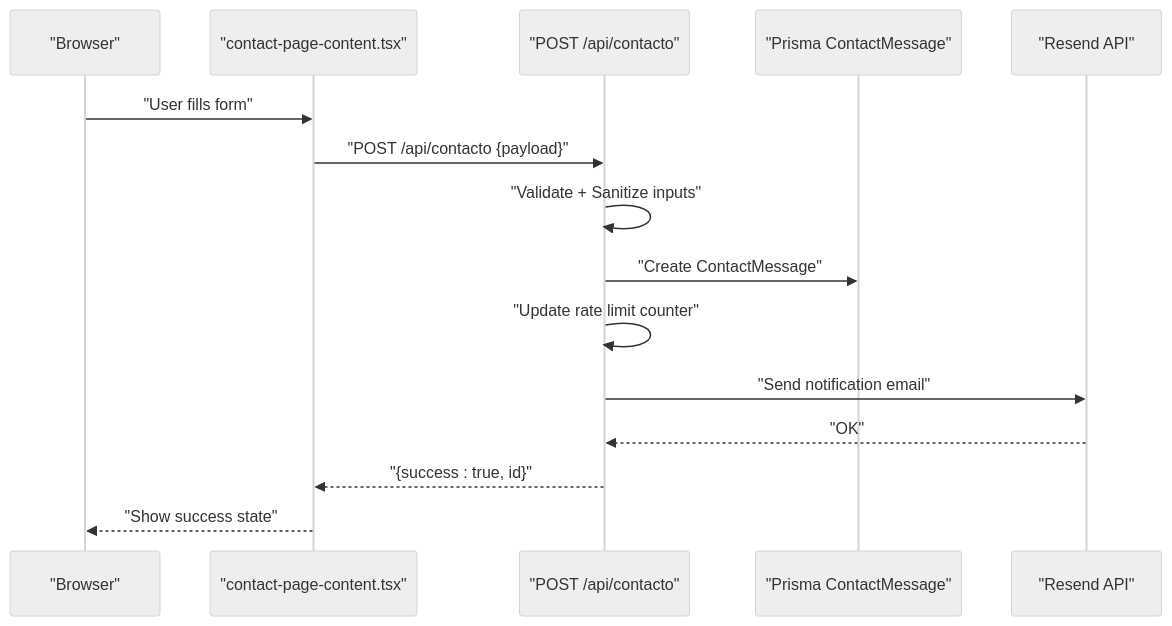
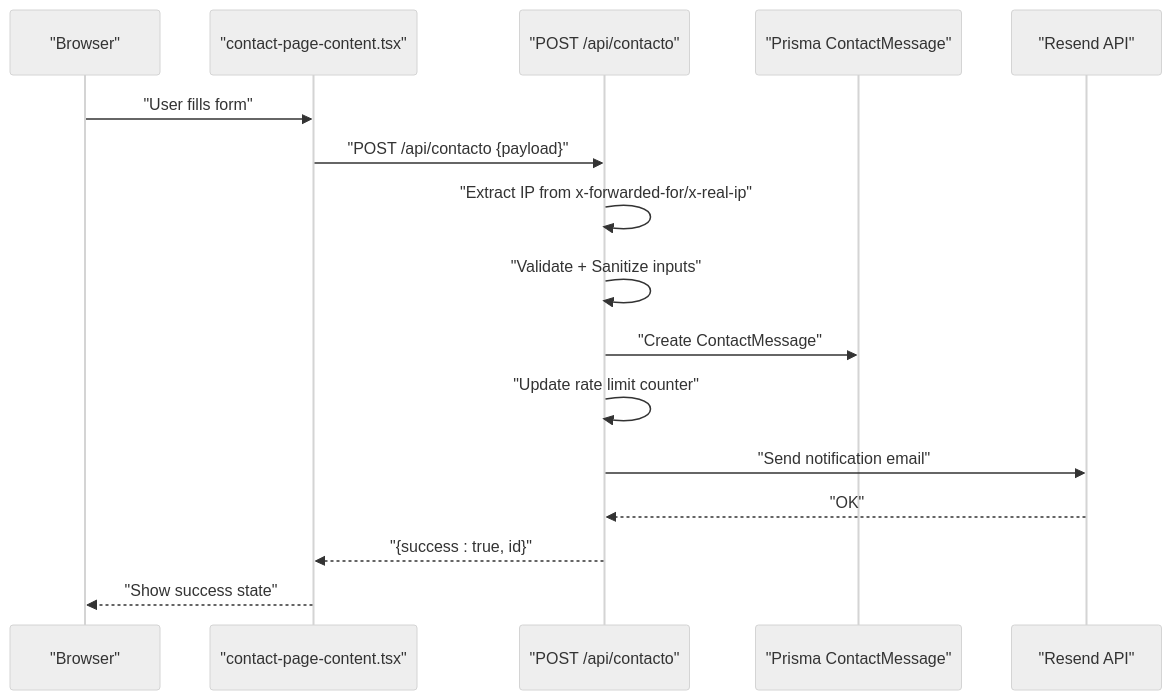
The second of 3 diagrams in .qoder/repowiki/en/content/API Reference/Contact & Public API.md (xLegarda/GreenAxis), drawn with Mermaid (neutral theme) before and after one commit. The commit also changed other lines of this file and 42 other files, not shown here.

````diff
--- a/.qoder/repowiki/en/content/API Reference/Contact & Public API.md
+++ b/.qoder/repowiki/en/content/API Reference/Contact & Public API.md
@@ -84,17 +90,18 @@
 ```mermaid
 sequenceDiagram
 participant Client as "Browser"
 participant Form as "contact-page-content.tsx"
 participant API as "POST /api/contacto"
 participant DB as "Prisma ContactMessage"
 participant Email as "Resend API"
 Client->>Form : "User fills form"
 Form->>API : "POST /api/contacto {payload}"
+API->>API : "Extract IP from x-forwarded-for/x-real-ip"
 API->>API : "Validate + Sanitize inputs"
 API->>DB : "Create ContactMessage"
 API->>API : "Update rate limit counter"
 API->>Email : "Send notification email"
 Email-->>API : "OK"
 API-->>Form : "{success : true, id}"
 Form-->>Client : "Show success state"
 ```
````
